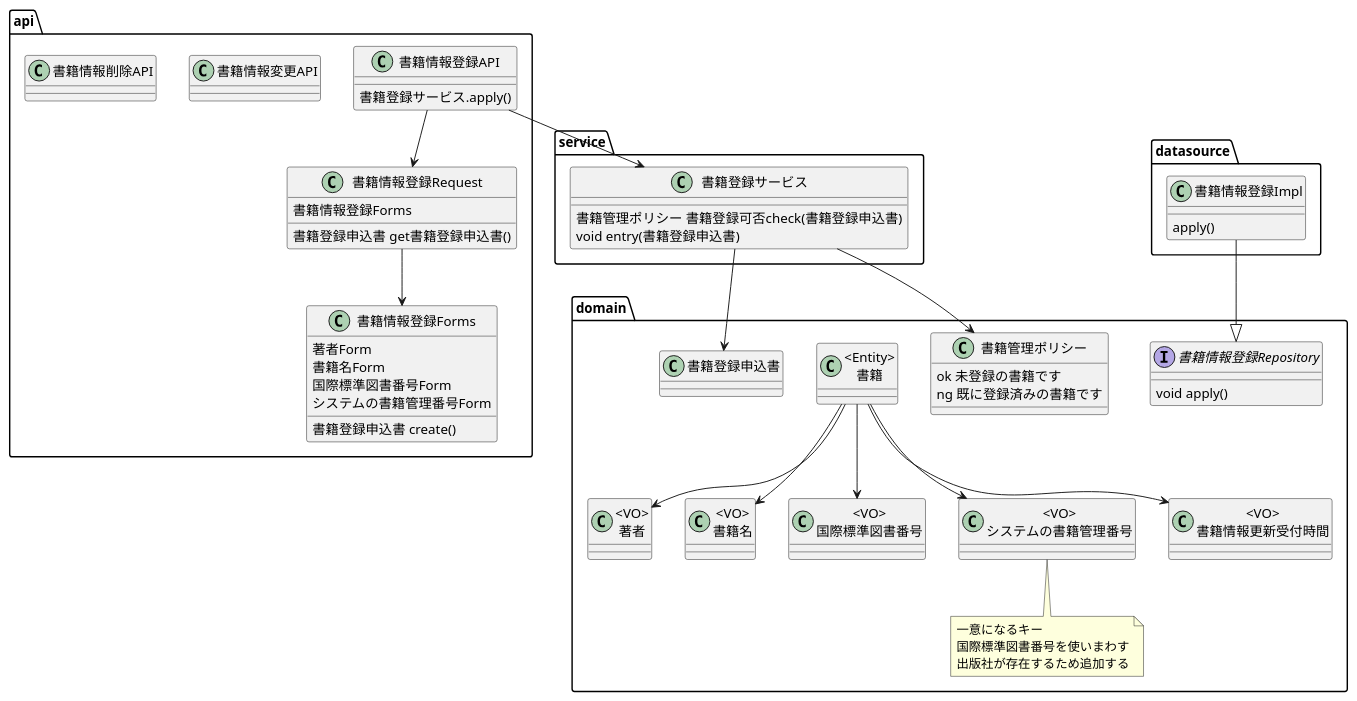
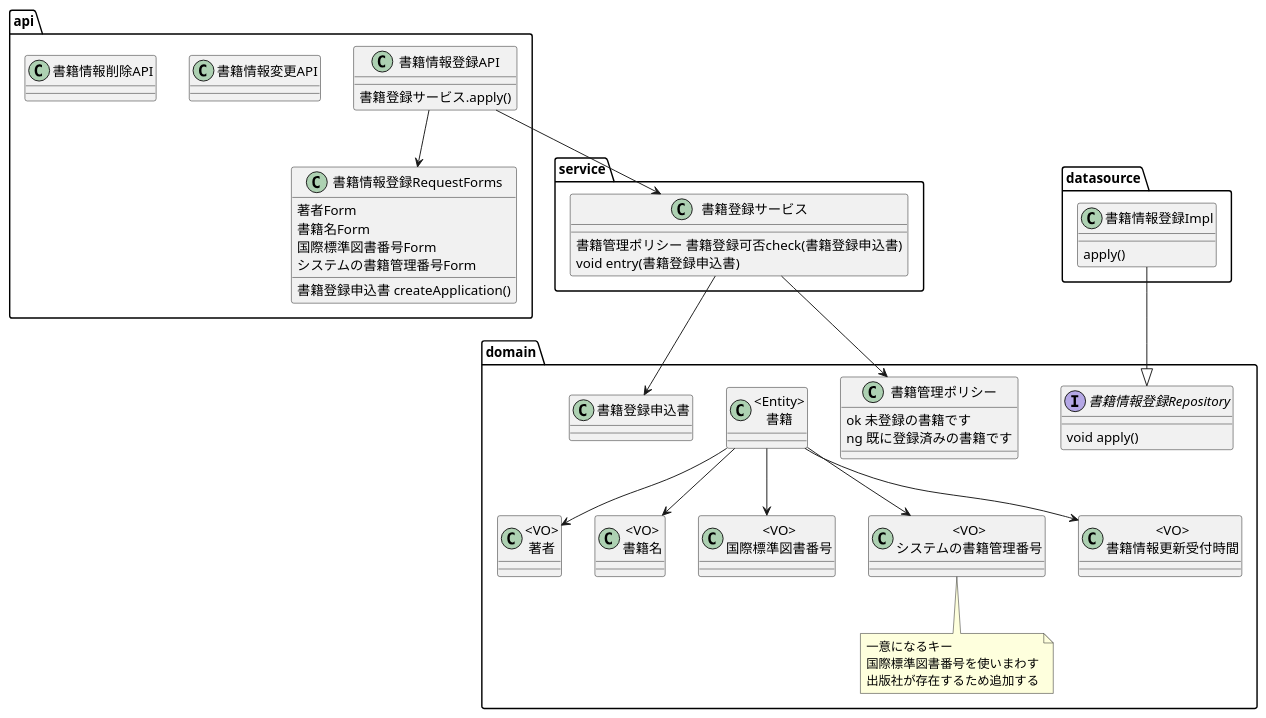
Before and after one commit to ichinohe-r/book-management-system: the diagram in document/model.puml, drawn with PlantUML.

Commit message:
モデルの Form 部分を修正

```diff
--- a/document/model.puml
+++ b/document/model.puml
@@ -1,98 +1,91 @@
 @startuml
 
 package api{
     class 書籍情報登録API{
         書籍登録サービス.apply()
     }
 
-    class 書籍情報登録Forms{
+    class 書籍情報登録RequestForms{
         著者Form
         書籍名Form
         国際標準図書番号Form
         システムの書籍管理番号Form
 
-        書籍登録申込書 create()
-    }
-
-    class 書籍情報登録Request{
-        書籍情報登録Forms
-
-        書籍登録申込書 get書籍登録申込書()
+        書籍登録申込書 createApplication()
     }
 
     class 書籍情報変更API{
     }
 
     class 書籍情報削除API{
     }
 }
 
 package service{
     class 書籍登録サービス{
         書籍管理ポリシー 書籍登録可否check(書籍登録申込書)
         void entry(書籍登録申込書)
     }
 }
 
 
 package domain{
 
     class 書籍登録申込書{
     }
 
     class 書籍管理ポリシー {
         ok 未登録の書籍です
         ng 既に登録済みの書籍です
     }
 
     class "<Entity>\n書籍" as 書籍{
     }
 
     class "<VO>\n著者" as 著者{
     }
 
     class "<VO>\n書籍名" as 書籍名{
     }
 
     class "<VO>\n国際標準図書番号" as 国際標準図書番号{
     }
 
     class "<VO>\nシステムの書籍管理番号" as システムの書籍管理番号{
     }
     note bottom
     一意になるキー
     国際標準図書番号を使いまわす
     出版社が存在するため追加する
     end note
 
     class "<VO>\n書籍情報更新受付時間" as 書籍情報更新受付時間{
     }
 
     interface 書籍情報登録Repository{
         void apply()
     }
 }
 
 
 package datasource{
 
     class 書籍情報登録Impl{
         apply()
     }
 }
 
 
 書籍 --> 著者
 書籍 --> 書籍名
 書籍 --> 国際標準図書番号
 書籍 --> システムの書籍管理番号
 書籍 --> 書籍情報更新受付時間
 
 書籍情報登録API --> 書籍登録サービス
 書籍登録サービス --> 書籍登録申込書
 
-書籍情報登録API --> 書籍情報登録Request
-書籍情報登録Request --> 書籍情報登録Forms
+書籍情報登録API --> 書籍情報登録RequestForms
 書籍情報登録Impl --|> 書籍情報登録Repository
 書籍登録サービス --> 書籍管理ポリシー
 @enduml
```
